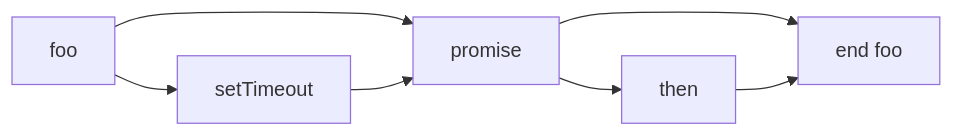
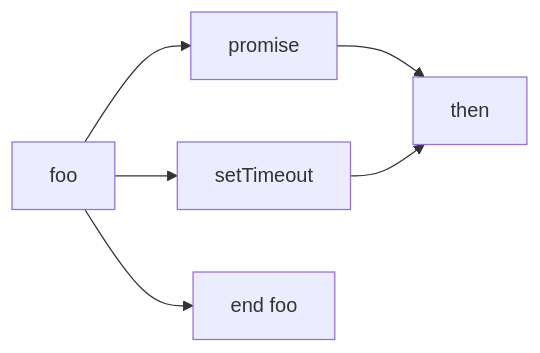
The third of 4 diagrams in 42_비동기 프로그래밍/b.md (functionBee/study-js-deepdive), drawn with Mermaid before and after one commit. The commit also changed other lines of this file, not shown here.

````diff
--- a/42_비동기 프로그래밍/b.md
+++ b/42_비동기 프로그래밍/b.md
@@ -359,9 +408,8 @@
 ```mermaid
 graph LR
   A[foo] --> B[setTimeout]
   A --> C[promise]
-  B --> C
-  C --> D[then]
-  C --> E[end foo]
-  D --> E
+  A --> D[end foo]
+  C --> E[then]
+  B --> E
 ```
````
